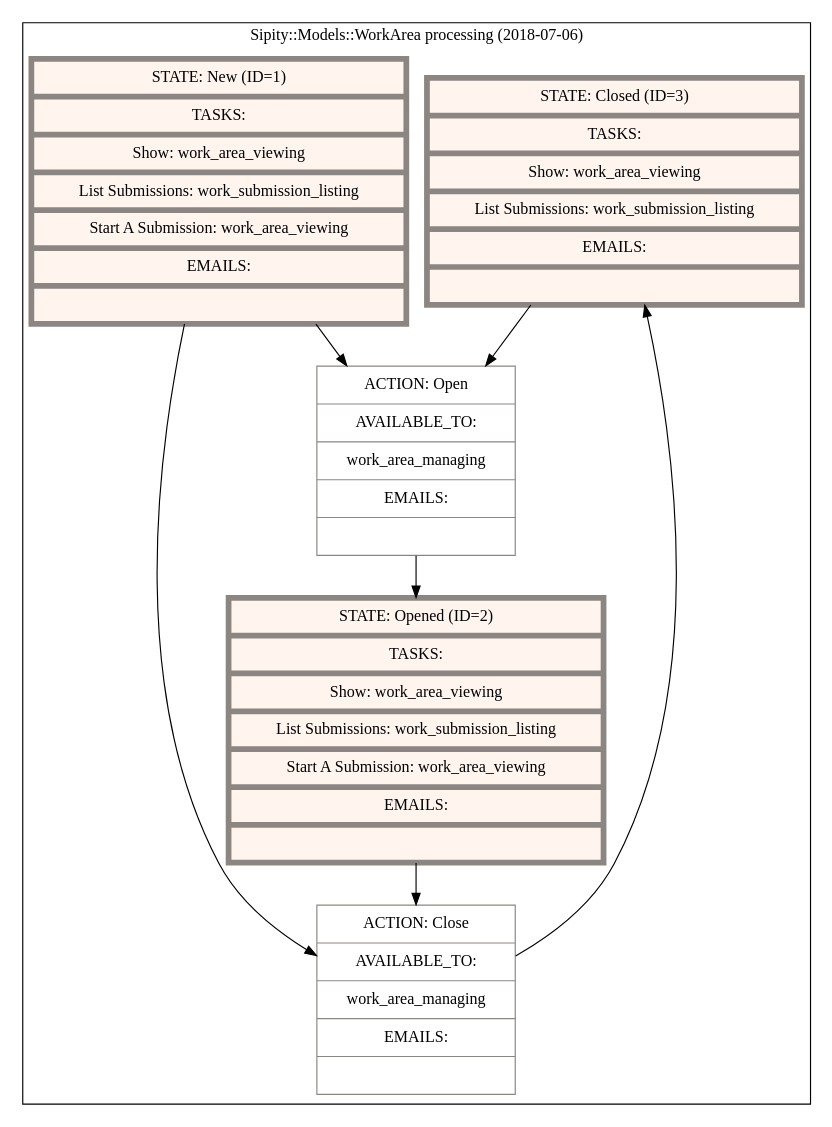
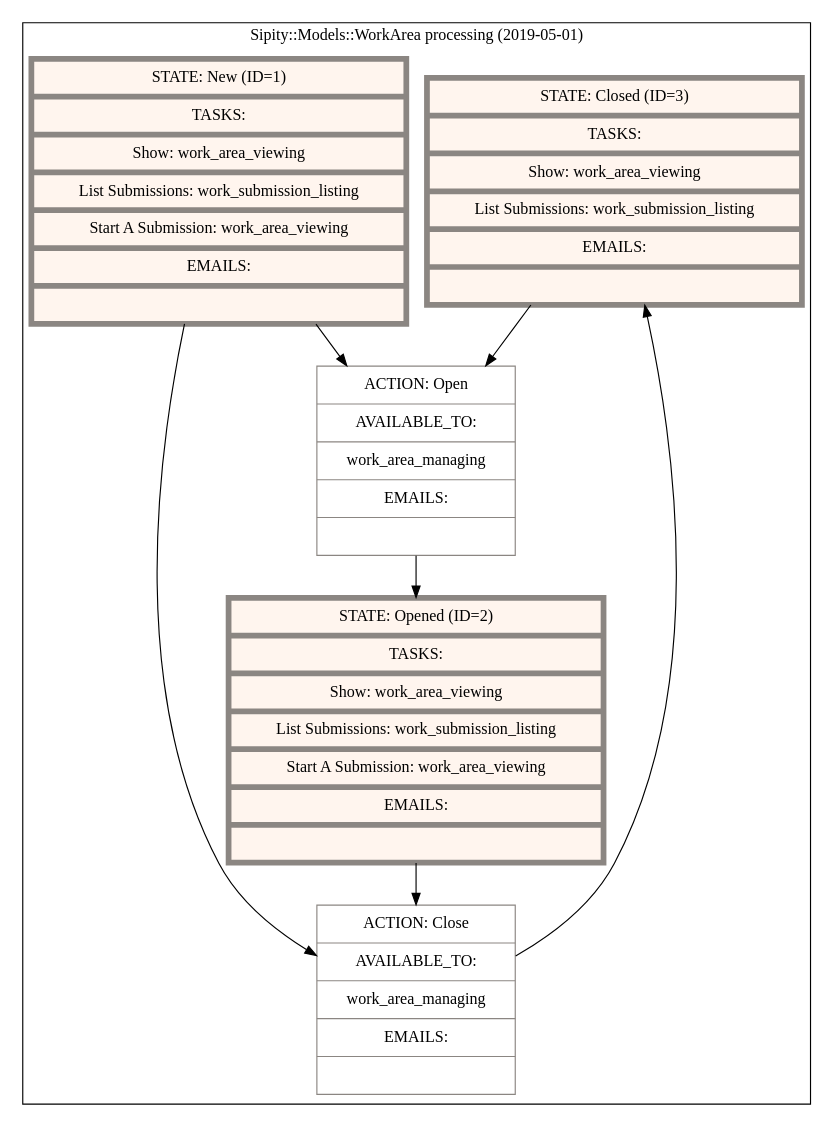
One commit to ndlib/sipity changed the diagram in artifacts/state_machines/sipity_models_work_area_processing.dot. Above: the diagram before and after it, drawn with Graphviz. The commit also changed 5 other files, not shown here.

Commit message:
Updating state machine diagrams

```diff
--- a/artifacts/state_machines/sipity_models_work_area_processing.dot
+++ b/artifacts/state_machines/sipity_models_work_area_processing.dot
@@ -1,27 +1,27 @@
 digraph "G" {
   compound=true;
   node[color="grey15" margin="0.15, 0.125"];
   subgraph cluster_0 {
-    label="Sipity::Models::WorkArea processing (2018-07-06)"
+    label="Sipity::Models::WorkArea processing (2019-05-01)"
     node[style=filled fillcolor=white color="seashell4"]
     subgraph 0 {
       label="States";
       node[shape="record" fillcolor="seashell1" penwidth=5]
       state_closed [label="{ STATE: Closed (ID=3)| TASKS: | Show: work_area_viewing | List Submissions: work_submission_listing | EMAILS: |  }"]
       state_new [label="{ STATE: New (ID=1)| TASKS: | Show: work_area_viewing | List Submissions: work_submission_listing | Start A Submission: work_area_viewing | EMAILS: |  }"]
       state_opened [label="{ STATE: Opened (ID=2)| TASKS: | Show: work_area_viewing | List Submissions: work_submission_listing | Start A Submission: work_area_viewing | EMAILS: |  }"]
     }
     subgraph 1 {
       label="Actions"
       node[shape="record" shape=record penwidth=1]
         action_open [label="{ ACTION: Open | AVAILABLE_TO: | work_area_managing | EMAILS: |  }"]
         action_close [label="{ ACTION: Close | AVAILABLE_TO: | work_area_managing | EMAILS: |  }"]
     }
       state_closed -> action_open
       action_open -> state_opened
       state_new -> action_open
       state_new -> action_close
       action_close -> state_closed
       state_opened -> action_close
   }
 }
```
